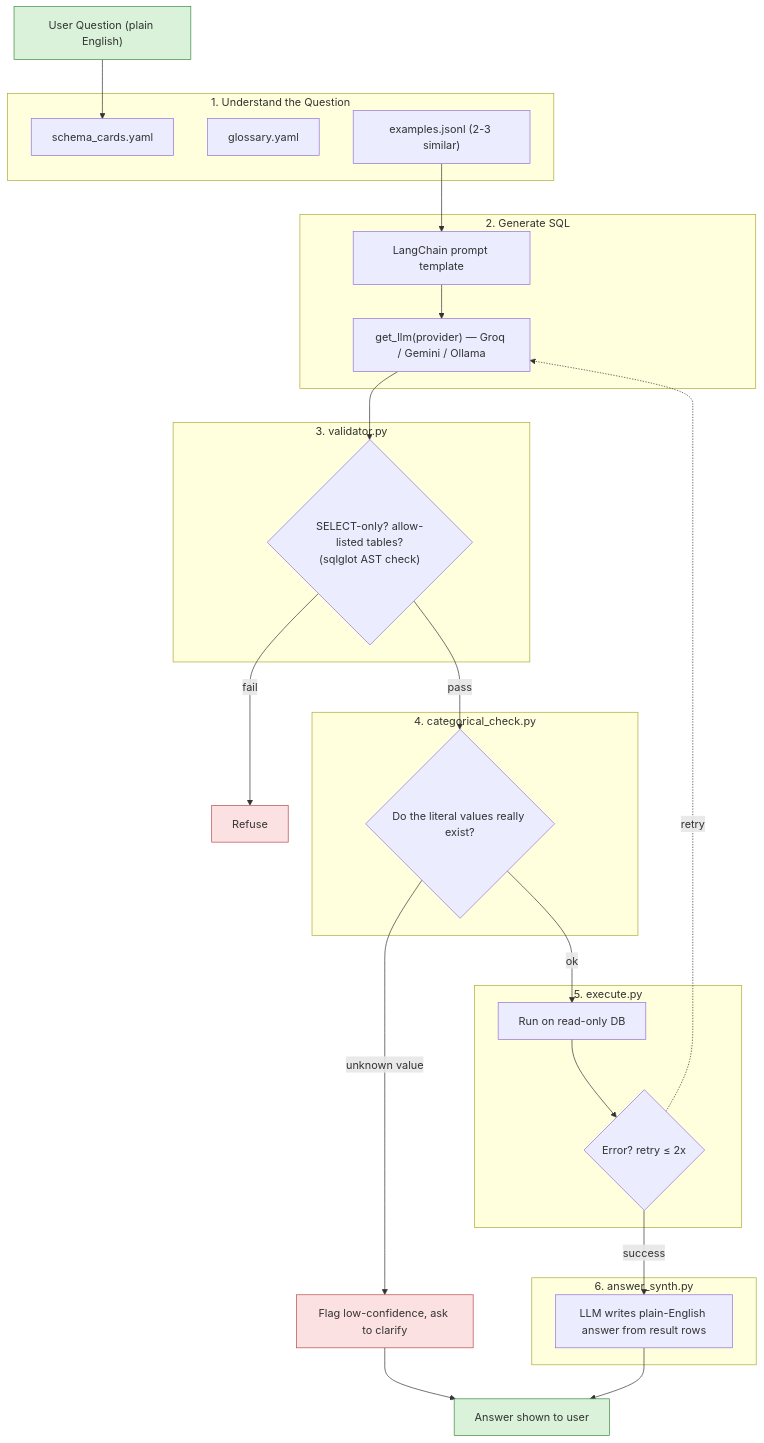
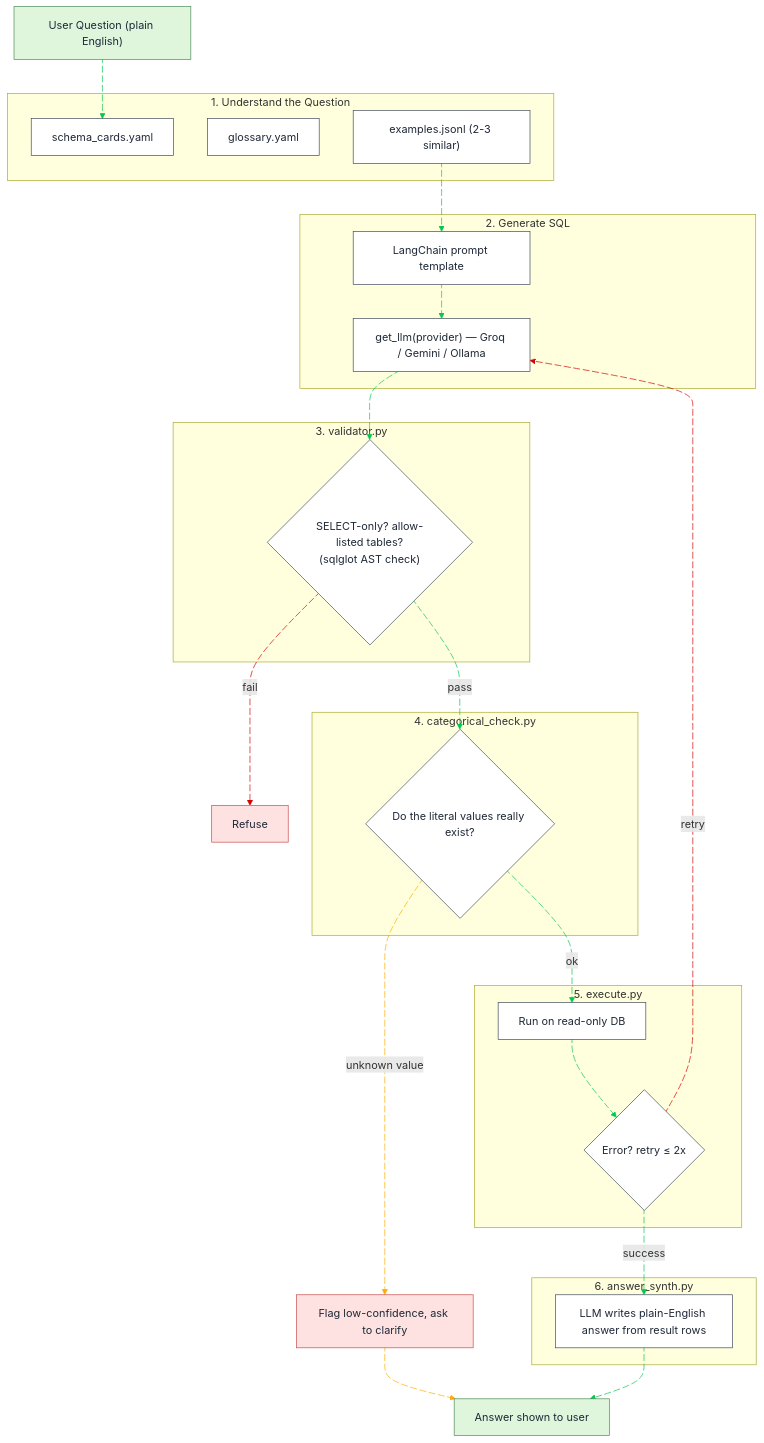
One commit to Yuvrajtakk/logistics_chatbot changed the ninth of 10 diagrams in Flowcharts_Mermaid_Source.md. Above: the diagram before and after it, drawn with Mermaid. The commit also changed other lines of this file and 2 other files, not shown here.

````diff
--- a/Flowcharts_Mermaid_Source.md
+++ b/Flowcharts_Mermaid_Source.md
@@ -169,53 +301,82 @@
 ```mermaid
 flowchart TD
     Q["User Question (plain English)"]:::good
 
     subgraph B1["1. Understand the Question"]
         C1["schema_cards.yaml"]
         C2["glossary.yaml"]
         C3["examples.jsonl (2-3 similar)"]
     end
 
     subgraph B2["2. Generate SQL"]
         G1["LangChain prompt template"]
         G2["get_llm(provider) — Groq / Gemini / Ollama"]
-        G1 --> G2
+        G1 L_G1_G2_0@--> G2
     end
 
     subgraph B3["3. validator.py"]
         V1{"SELECT-only? allow-listed tables?<br/>(sqlglot AST check)"}
     end
     Block1["Refuse"]:::bad
 
     subgraph B4["4. categorical_check.py"]
         K1{"Do the literal values really exist?"}
     end
     Flag1["Flag low-confidence, ask to clarify"]:::bad
 
     subgraph B5["5. execute.py"]
         E1["Run on read-only DB"]
         E2{"Error? retry ≤ 2x"}
-        E1 --> E2
+        E1 L_E1_E2_0@--> E2
     end
 
     subgraph B6["6. answer_synth.py"]
         A1["LLM writes plain-English answer from result rows"]
     end
 
     Ans["Answer shown to user"]:::good
 
-    Q --> C1
-    C3 --> G1
-    G2 --> V1
-    V1 -->|fail| Block1
-    V1 -->|pass| K1
-    K1 -->|unknown value| Flag1
-    K1 -->|ok| E1
-    E2 -.->|retry| G2
-    E2 -->|success| A1
-    A1 --> Ans
-    Flag1 --> Ans
+    Q L_Q_C1_0@--> C1
+    C3 L_C3_G1_0@--> G1
+    G2 L_G2_V1_0@--> V1
+    V1 L_V1_Block1_0@-->|fail| Block1
+    V1 L_V1_K1_0@-->|pass| K1
+    K1 L_K1_Flag1_0@-->|unknown value| Flag1
+    K1 L_K1_E1_0@-->|ok| E1
+    E2 L_E2_G2_0@-. retry .-> G2
+    E2 L_E2_A1_0@-->|success| A1
+    A1 L_A1_Ans_0@--> Ans
+    Flag1 L_Flag1_Ans_0@--> Ans
 
-    classDef good fill:#D9F2D9,stroke:#3C8A3C
-    classDef bad fill:#FBE1E1,stroke:#B84A4A
+    classDef default fill:#FFFFFF,stroke:#3F4A5A,color:#1F2937
+    classDef good fill:#DFF6DD,stroke:#4F8A57,color:#1F2937
+    classDef bad fill:#FDE2E1,stroke:#C84C4C,color:#1F2937
+
+    linkStyle 0 stroke:#00C853,fill:none
+    linkStyle 1 stroke:#00C853,fill:none
+    linkStyle 2 stroke:#00C853,fill:none
+    linkStyle 3 stroke:#00C853,fill:none
+    linkStyle 4 stroke:#00C853,fill:none
+    linkStyle 5 stroke:#D50000,fill:none
+    linkStyle 6 stroke:#00C853,fill:none
+    linkStyle 7 stroke:#FFAB00,fill:none
+    linkStyle 8 stroke:#00C853,fill:none
+    linkStyle 9 stroke:#D50000,fill:none
+    linkStyle 10 stroke:#00C853,fill:none
+    linkStyle 11 stroke:#00C853,fill:none
+    linkStyle 12 stroke:#FFAB00,fill:none
+
+    L_G1_G2_0@{ animation: slow }
+    L_E1_E2_0@{ animation: slow }
+    L_Q_C1_0@{ animation: slow }
+    L_C3_G1_0@{ animation: slow }
+    L_G2_V1_0@{ animation: slow }
+    L_V1_Block1_0@{ animation: slow }
+    L_V1_K1_0@{ animation: slow }
+    L_K1_Flag1_0@{ animation: slow }
+    L_K1_E1_0@{ animation: slow }
+    L_E2_G2_0@{ animation: slow }
+    L_E2_A1_0@{ animation: slow }
+    L_A1_Ans_0@{ animation: slow }
+    L_Flag1_Ans_0@{ animation: slow }
 ```
````
